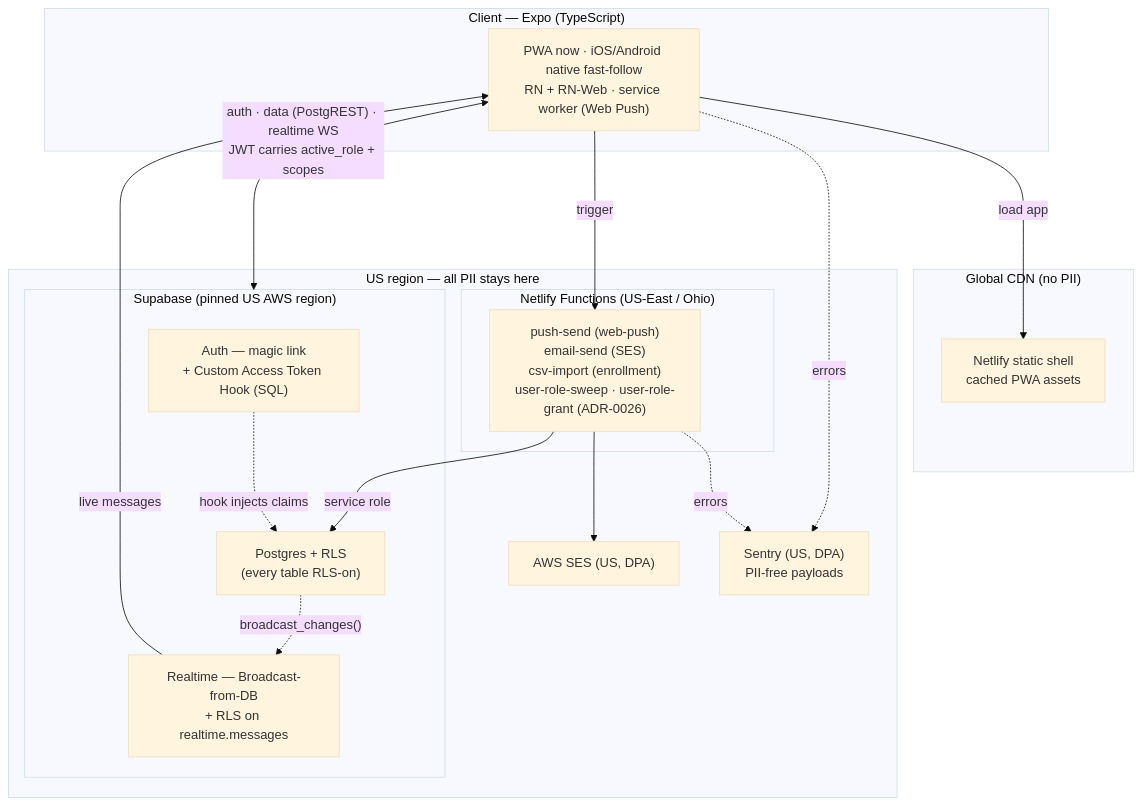
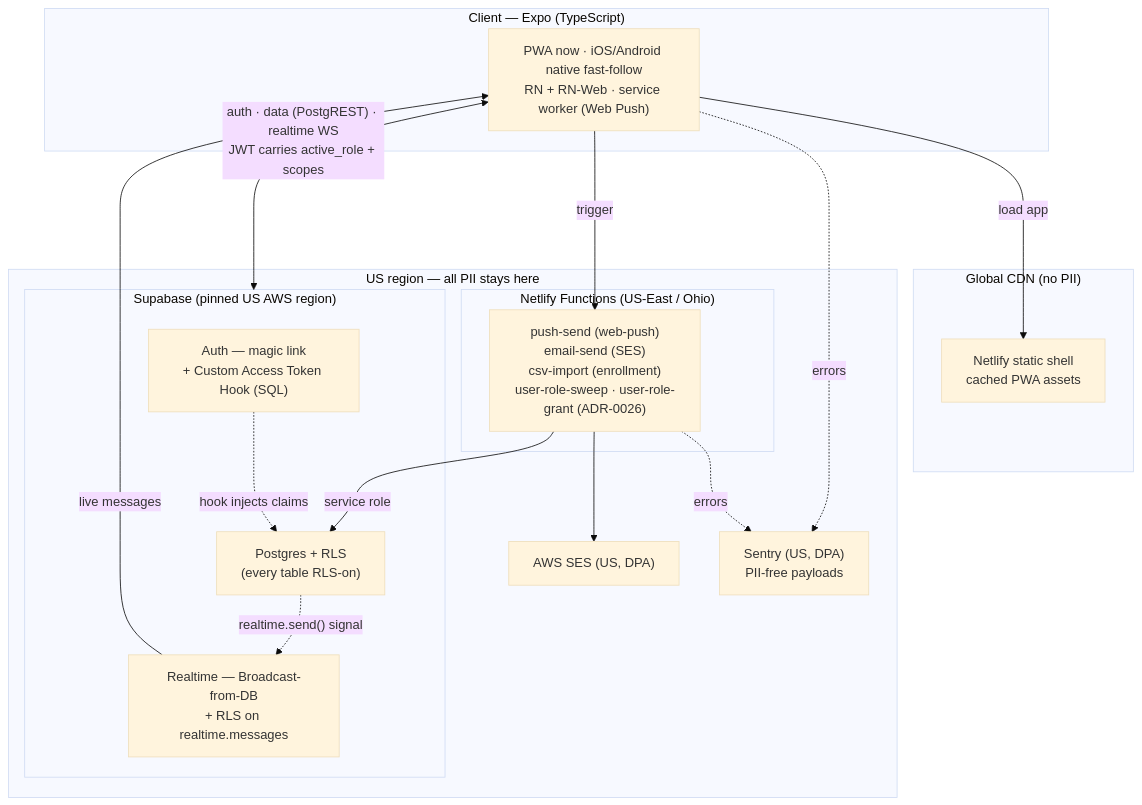
Before and after one commit to cmdfw-bv/CMDFW-BalaVihar-App: the first of 9 diagrams in .docs/3_ARCHITECTURE.md, drawn with Mermaid (base theme). The commit also changed other lines of this file and 28 other files, not shown here.

````diff
--- a/.docs/3_ARCHITECTURE.md
+++ b/.docs/3_ARCHITECTURE.md
@@ -27,34 +27,34 @@
 ```mermaid
 flowchart TB
     subgraph client["Client — Expo (TypeScript)"]
         pwa["PWA now · iOS/Android native fast-follow<br/>RN + RN-Web · service worker (Web Push)"]
     end
 
     subgraph global["Global CDN (no PII)"]
         shell["Netlify static shell<br/>cached PWA assets"]
     end
 
     subgraph us["US region — all PII stays here"]
         subgraph netlify["Netlify Functions (US-East / Ohio)"]
             fn["push-send (web-push)<br/>email-send (SES)<br/>csv-import (enrollment)<br/>user-role-sweep · user-role-grant (ADR-0026)"]
         end
         subgraph supa["Supabase (pinned US AWS region)"]
             auth["Auth — magic link<br/>+ Custom Access Token Hook (SQL)"]
             db["Postgres + RLS<br/>(every table RLS-on)"]
             rt["Realtime — Broadcast-from-DB<br/>+ RLS on realtime.messages"]
         end
         ses["AWS SES (US, DPA)"]
         sentry["Sentry (US, DPA)<br/>PII-free payloads"]
     end
 
     pwa -->|"load app"| shell
     pwa <-->|"auth · data (PostgREST) · realtime WS<br/>JWT carries active_role + scopes"| supa
     pwa -->|"trigger"| fn
     fn -->|"service role"| db
     fn --> ses
     auth -.->|"hook injects claims"| db
-    db -.->|"broadcast_changes()"| rt
+    db -.->|"realtime.send() signal"| rt
     rt -->|"live messages"| pwa
     pwa -.->|"errors"| sentry
     fn -.->|"errors"| sentry
 ```
````
